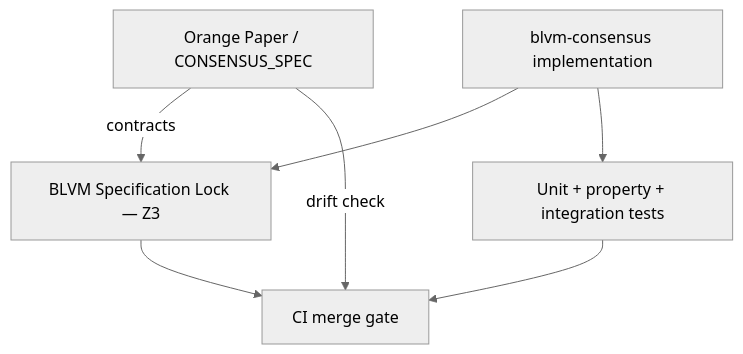
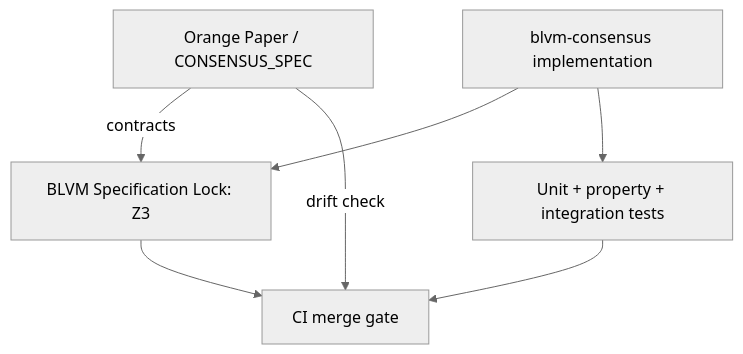
The second of 2 diagrams in src/consensus/formal-verification.md (BTCDecoded/blvm-docs), drawn with Mermaid (neutral theme) before and after one commit. The commit also changed other lines of this file and 89 other files, not shown here.

````diff
--- a/src/consensus/formal-verification.md
+++ b/src/consensus/formal-verification.md
@@ -9,11 +41,11 @@
 ```mermaid
 flowchart TB
-  SPEC[Orange Paper / CONSENSUS_SPEC]
-  CODE[blvm-consensus implementation]
-  SPEC -->|contracts| LOCK[BLVM Specification Lock — Z3]
-  CODE --> LOCK
-  CODE --> TEST[Unit + property + integration tests]
-  LOCK --> GATE[CI merge gate]
-  TEST --> GATE
-  SPEC -->|drift check| GATE
+ SPEC[Orange Paper / CONSENSUS_SPEC]
+ CODE[blvm-consensus implementation]
+ SPEC -->|contracts| LOCK[BLVM Specification Lock: Z3]
+ CODE --> LOCK
+ CODE --> TEST[Unit + property + integration tests]
+ LOCK --> GATE[CI merge gate]
+ TEST --> GATE
+ SPEC -->|drift check| GATE
 ```
````
